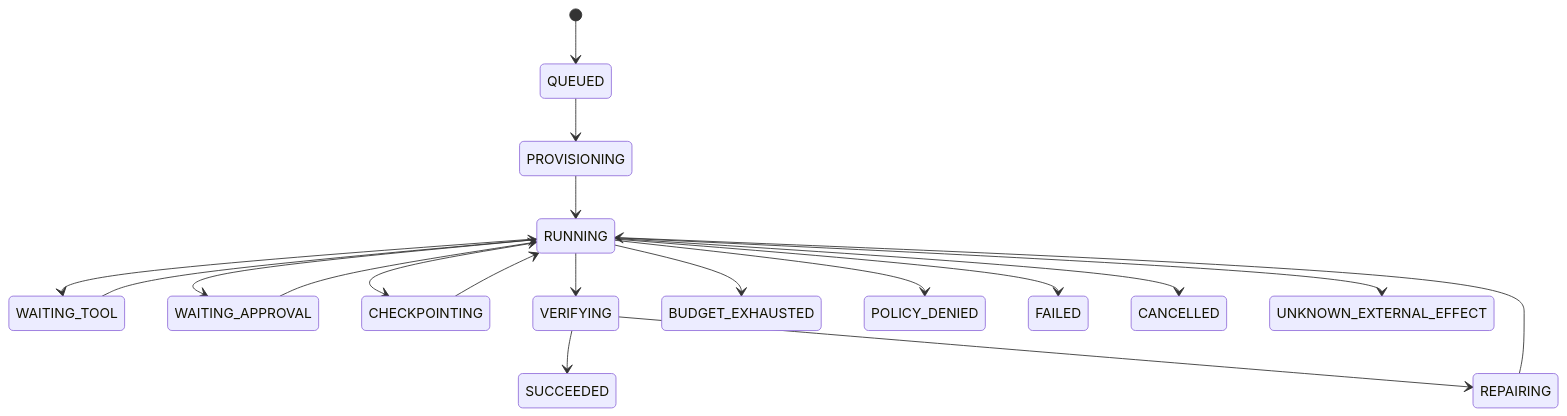
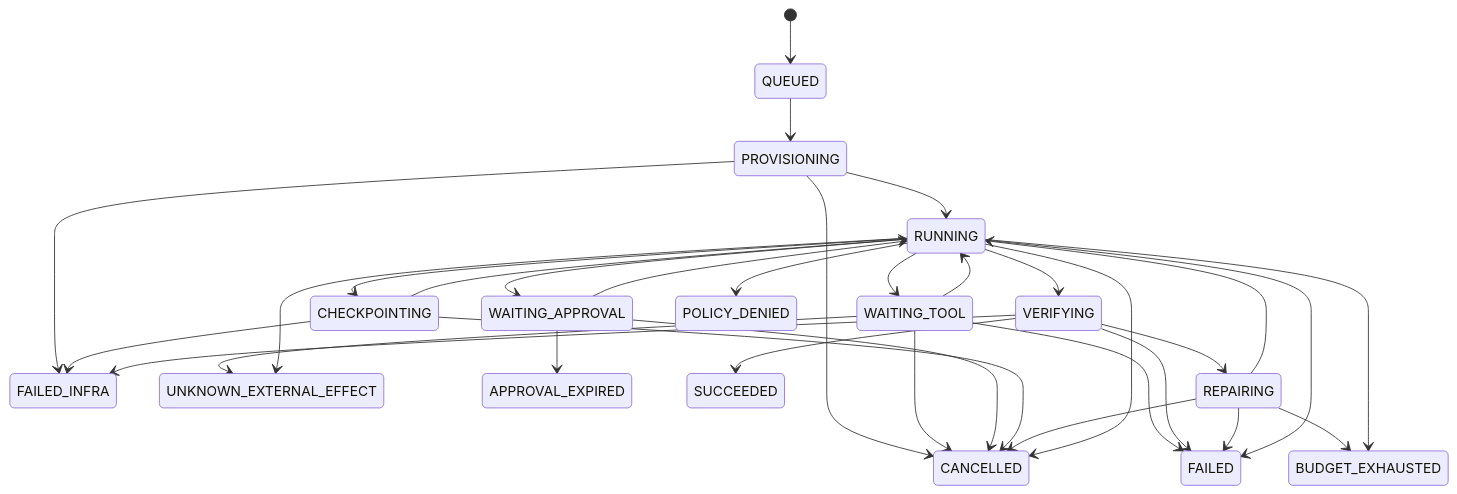
The second of 2 diagrams in knowledge/research/2026-07-23-llm-agent-execution-harness.md (Fogrexon/cursor-workspace), drawn with Mermaid before and after one commit. The commit also changed other lines of this file, not shown here.

````diff
--- a/knowledge/research/2026-07-23-llm-agent-execution-harness.md
+++ b/knowledge/research/2026-07-23-llm-agent-execution-harness.md
@@ -1389,21 +1393,35 @@
 ```mermaid
 stateDiagram-v2
     [*] --> QUEUED
     QUEUED --> PROVISIONING
     PROVISIONING --> RUNNING
+    PROVISIONING --> FAILED_INFRA
+    PROVISIONING --> CANCELLED
     RUNNING --> WAITING_TOOL
     WAITING_TOOL --> RUNNING
+    WAITING_TOOL --> FAILED
+    WAITING_TOOL --> UNKNOWN_EXTERNAL_EFFECT
+    WAITING_TOOL --> CANCELLED
     RUNNING --> WAITING_APPROVAL
     WAITING_APPROVAL --> RUNNING
+    WAITING_APPROVAL --> APPROVAL_EXPIRED
+    WAITING_APPROVAL --> CANCELLED
     RUNNING --> CHECKPOINTING
     CHECKPOINTING --> RUNNING
+    CHECKPOINTING --> FAILED_INFRA
+    CHECKPOINTING --> CANCELLED
     RUNNING --> VERIFYING
     VERIFYING --> SUCCEEDED
     VERIFYING --> REPAIRING
+    VERIFYING --> FAILED_INFRA
+    VERIFYING --> FAILED
     REPAIRING --> RUNNING
+    REPAIRING --> BUDGET_EXHAUSTED
+    REPAIRING --> FAILED
+    REPAIRING --> CANCELLED
     RUNNING --> BUDGET_EXHAUSTED
     RUNNING --> POLICY_DENIED
     RUNNING --> FAILED
     RUNNING --> CANCELLED
     RUNNING --> UNKNOWN_EXTERNAL_EFFECT
 ```
````
